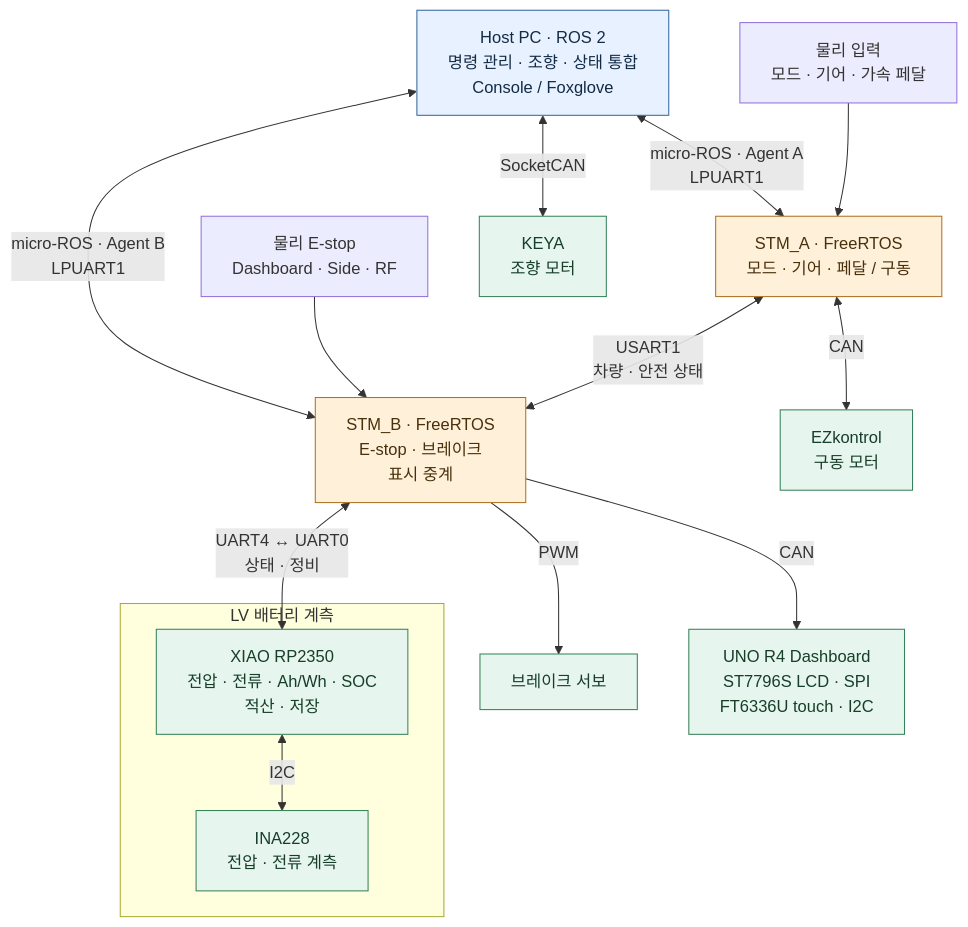
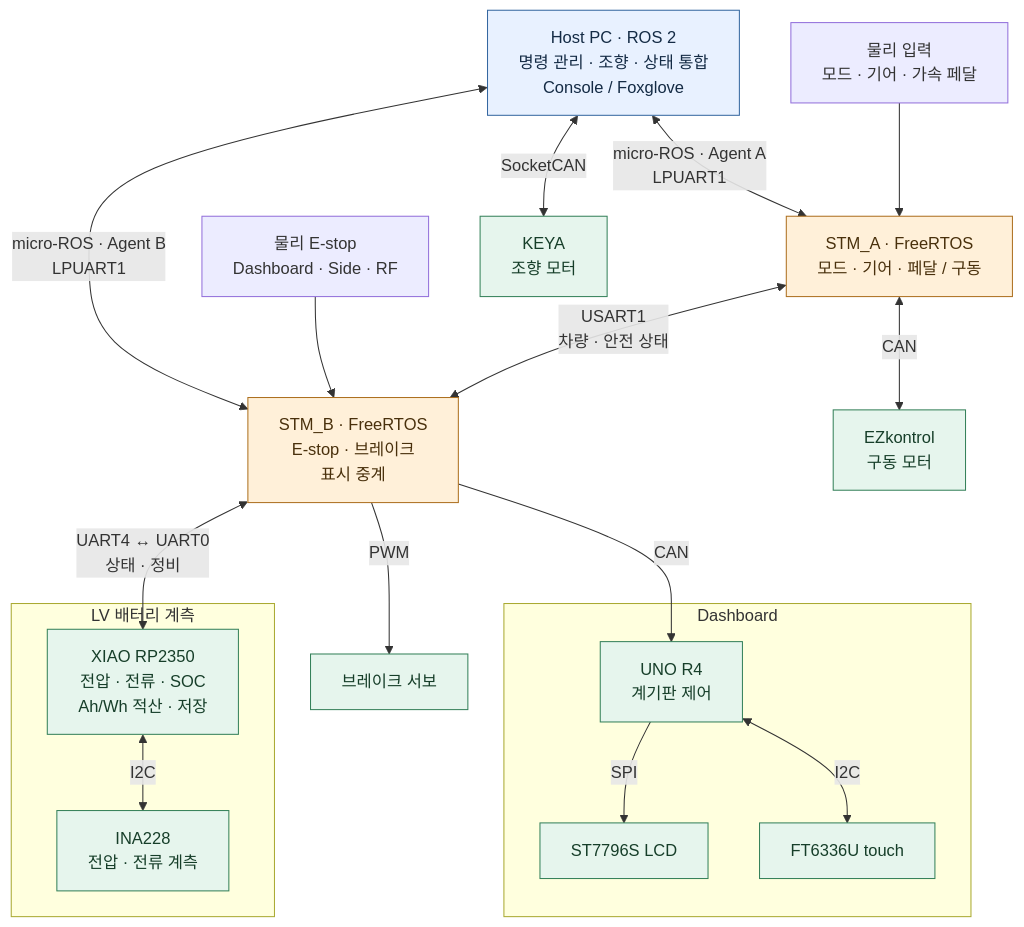
Before and after one commit to shinjuyeop/Control: the diagram in README.md, drawn with Mermaid.

Commit message:
docs: separate dashboard controller display and touch blocks

````diff
--- a/README.md
+++ b/README.md
@@ -21,30 +21,36 @@
 ```mermaid
 flowchart TB
     Host["Host PC · ROS 2<br/>명령 관리 · 조향 · 상태 통합<br/>Console / Foxglove"]
 
     A["STM_A · FreeRTOS<br/>모드 · 기어 · 페달 / 구동"]
     B["STM_B · FreeRTOS<br/>E-stop · 브레이크<br/>표시 중계"]
     A <-->|"USART1<br/>차량 · 안전 상태"| B
 
     Inputs["물리 입력<br/>모드 · 기어 · 가속 페달"] --> A
     EStop["물리 E-stop<br/>Dashboard · Side · RF"] --> B
     Host <-->|"micro-ROS · Agent A<br/>LPUART1"| A
     Host <-->|"micro-ROS · Agent B<br/>LPUART1"| B
 
     A <-->|"CAN"| EZ["EZkontrol<br/>구동 모터"]
     B -->|"PWM"| Brake["브레이크 서보"]
     Host <-->|"SocketCAN"| KEYA["KEYA<br/>조향 모터"]
 
     subgraph Meter["LV 배터리 계측"]
-        RP["XIAO RP2350<br/>전압 · 전류 · Ah/Wh · SOC<br/>적산 · 저장"] <-->|"I2C"| INA["INA228<br/>전압 · 전류 계측"]
+        RP["XIAO RP2350<br/>전압 · 전류 · SOC<br/>Ah/Wh 적산 · 저장"] <-->|"I2C"| INA["INA228<br/>전압 · 전류 계측"]
     end
     B <-->|"UART4 ↔ UART0<br/>상태 · 정비"| RP
-    B -->|"CAN"| UNO["UNO R4 Dashboard<br/>ST7796S LCD · SPI<br/>FT6336U touch · I2C"]
+
+    subgraph Dashboard["Dashboard"]
+        UNO["UNO R4<br/>계기판 제어"]
+        UNO -->|"SPI"| LCD["ST7796S LCD"]
+        UNO <-->|"I2C"| Touch["FT6336U touch"]
+    end
+    B -->|"CAN"| UNO
 
     classDef host fill:#e8f1ff,stroke:#3567a0,color:#142b45
     classDef controller fill:#fff0d9,stroke:#ad7020,color:#49300c
     classDef peripheral fill:#e6f5ed,stroke:#35815a,color:#163e29
     class Host host
     class A,B controller
-    class INA,RP,UNO,EZ,Brake,KEYA peripheral
+    class INA,RP,UNO,LCD,Touch,EZ,Brake,KEYA peripheral
 ```
````
